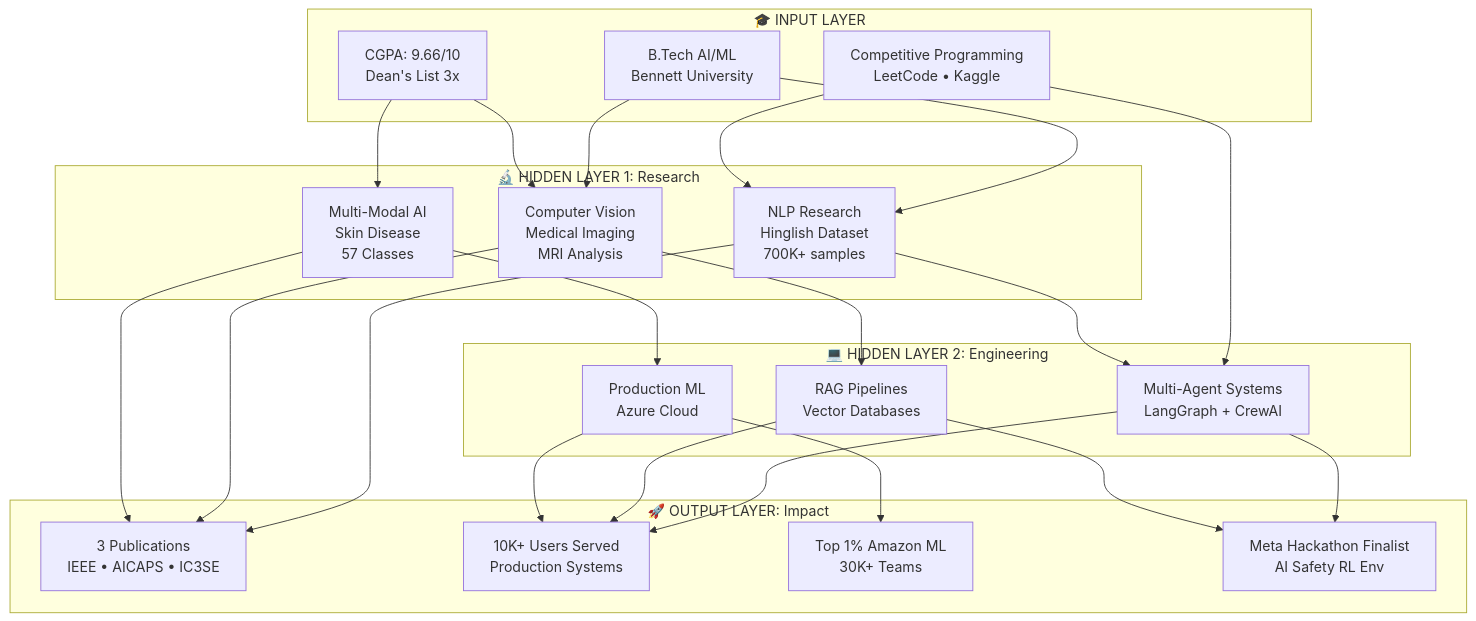
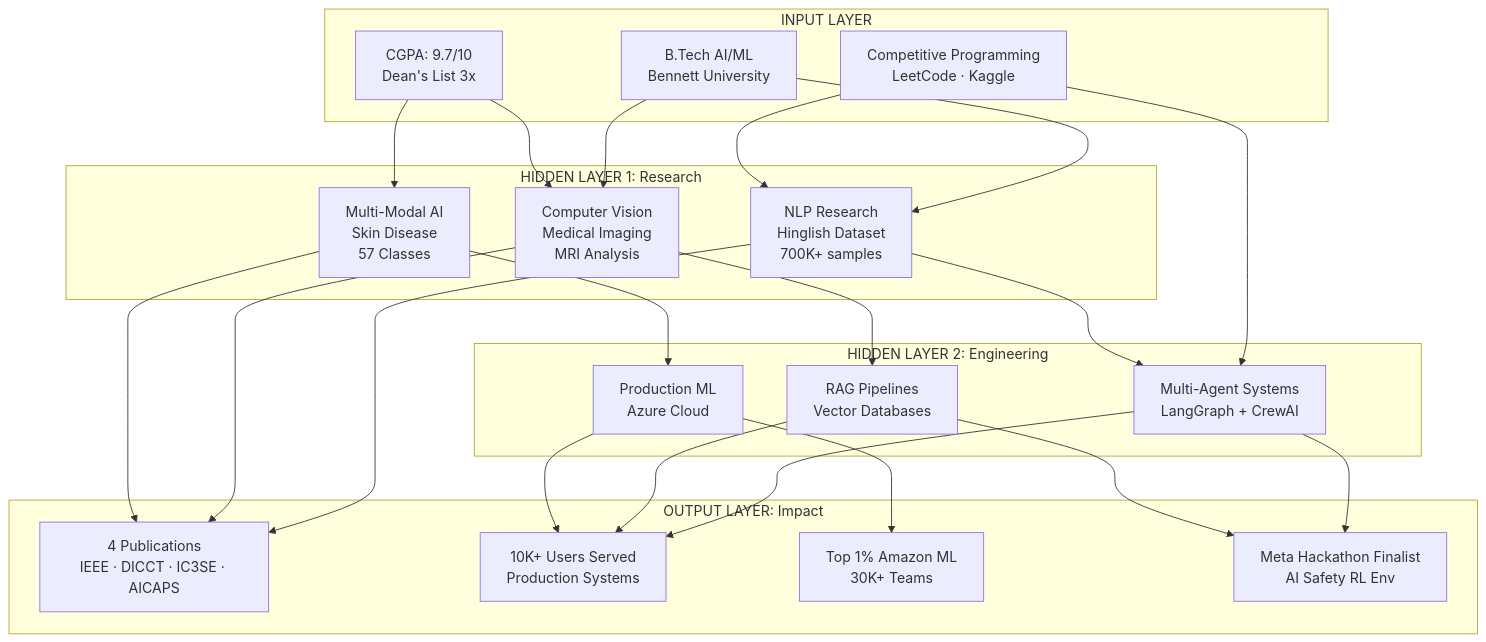
One commit to sidd707/sidd707 changed the first of 2 diagrams in README.md. Above: the diagram before and after it, drawn with Mermaid. The commit also changed other lines of this file and 2 other files, not shown here.

````diff
--- a/README.md
+++ b/README.md
@@ -106,39 +105,39 @@
 ```mermaid
 graph TB
-    subgraph Input["🎓 INPUT LAYER"]
+    subgraph Input["INPUT LAYER"]
         A1[B.Tech AI/ML<br/>Bennett University]
-        A2[CGPA: 9.66/10<br/>Dean's List 3x]
-        A3[Competitive Programming<br/>LeetCode • Kaggle]
+        A2[CGPA: 9.7/10<br/>Dean's List 3x]
+        A3[Competitive Programming<br/>LeetCode · Kaggle]
     end
 
-    subgraph Hidden1["🔬 HIDDEN LAYER 1: Research"]
+    subgraph Hidden1["HIDDEN LAYER 1: Research"]
         B1[NLP Research<br/>Hinglish Dataset<br/>700K+ samples]
         B2[Computer Vision<br/>Medical Imaging<br/>MRI Analysis]
         B3[Multi-Modal AI<br/>Skin Disease<br/>57 Classes]
     end
 
-    subgraph Hidden2["💻 HIDDEN LAYER 2: Engineering"]
+    subgraph Hidden2["HIDDEN LAYER 2: Engineering"]
         C1[Multi-Agent Systems<br/>LangGraph + CrewAI]
         C2[RAG Pipelines<br/>Vector Databases]
         C3[Production ML<br/>Azure Cloud]
     end
 
-    subgraph Output["🚀 OUTPUT LAYER: Impact"]
-        D1[3 Publications<br/>IEEE • AICAPS • IC3SE]
+    subgraph Output["OUTPUT LAYER: Impact"]
+        D1[4 Publications<br/>IEEE · DICCT · IC3SE · AICAPS]
         D2[10K+ Users Served<br/>Production Systems]
         D3[Top 1% Amazon ML<br/>30K+ Teams]
         D4[Meta Hackathon Finalist<br/>AI Safety RL Env]
     end
 
     A1 --> B1 & B2
     A2 --> B2 & B3
     A3 --> B1 & C1
 
     B1 --> C1 & D1
     B2 --> C2 & D1
     B3 --> C3 & D1
 
     C1 --> D2 & D4
     C2 --> D2 & D4
     C3 --> D2 & D3
 ```
````
